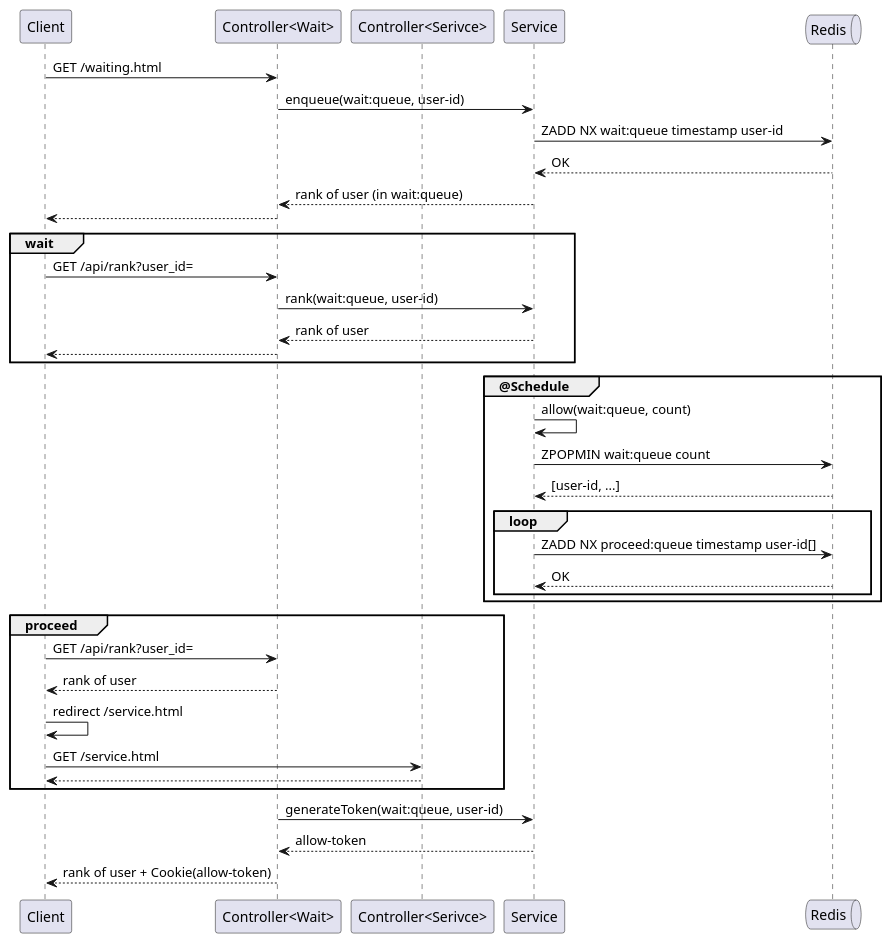
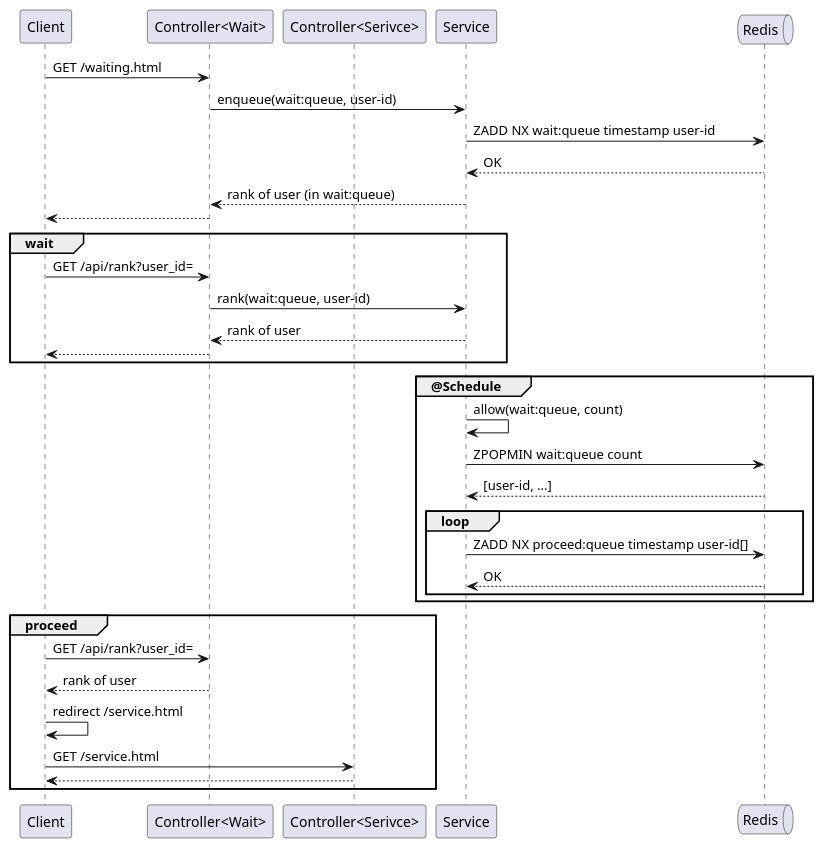
Before and after one commit to yanghoon/obsidian-workspace: the diagram in _diary/2024-06-08.md, drawn with PlantUML.

Commit message:
vault backup: 2024-06-08 14:39:43

````diff
--- a/_diary/2024-06-08.md
+++ b/_diary/2024-06-08.md
@@ -5,46 +5,42 @@
 ```plantuml
 @startuml
 participant Client
 participant "Controller<Wait>" as Controller
 participant "Controller<Serivce>" as ServiceController
 participant Service
 queue Redis
 
 Client -> Controller: GET /waiting.html
 Controller -> Service: enqueue(wait:queue, user-id)
 Service -> Redis: ZADD NX wait:queue timestamp user-id
 Service <-- Redis: OK
 Controller <-- Service: rank of user (in wait:queue)
 Client <-- Controller
 
 group wait
 Client -> Controller: GET /api/rank?user_id=
 Controller -> Service: rank(wait:queue, user-id)
 Controller <-- Service: rank of user
 Client <-- Controller
 end
 
 group @Schedule
   Service -> Service: allow(wait:queue, count)
   Service -> Redis: ZPOPMIN wait:queue count
   Service <-- Redis: [user-id, ...]
   loop
     Service -> Redis: ZADD NX proceed:queue timestamp user-id[]
     Service <-- Redis: OK
   end
 end
 
 group proceed
   Client -> Controller: GET /api/rank?user_id=
   Client <-- Controller: rank of user
   Client -> Client: redirect /service.html
   Client -> ServiceController: GET /service.html
   Client <-- ServiceController
 end
 
-Controller -> Service: generateToken(wait:queue, user-id)
-Controller <-- Service: allow-token
-Client <-- Controller: rank of user + Cookie(allow-token)
-
 @enduml
 ```
````
